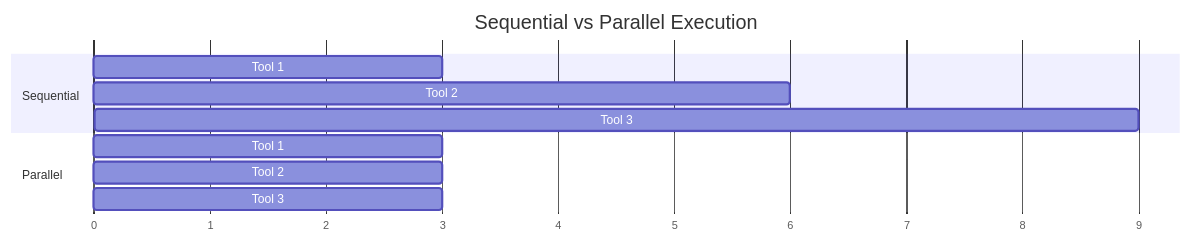
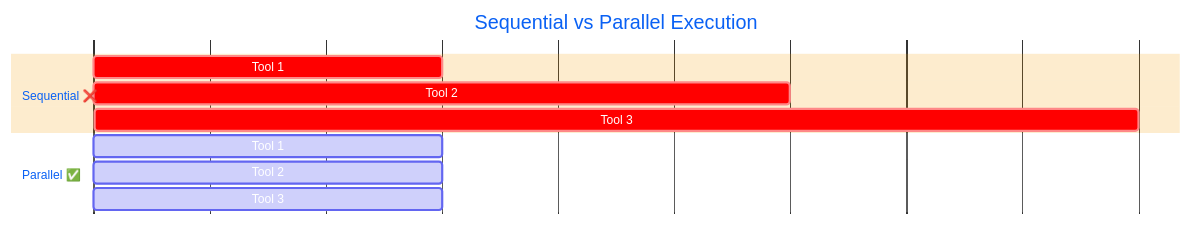
One commit to ThibautMelen/agentic-ai-systems changed the sixth of 6 diagrams in README.md. Above: the diagram before and after it, drawn with Mermaid. The commit also changed other lines of this file and 7 other files, not shown here.

First line of the commit message:
style(diagrams): add vibrant colors to all Mermaid diagrams

````diff
--- a/README.md
+++ b/README.md
@@ -229,16 +268,17 @@
 ```mermaid
+%%{init: {'theme': 'base', 'themeVariables': { 'primaryColor': '#6366f1', 'primaryTextColor': '#ffffff', 'primaryBorderColor': '#4f46e5', 'lineColor': '#a78bfa', 'secondaryColor': '#10b981', 'tertiaryColor': '#f59e0b'}}}%%
 gantt
     title Sequential vs Parallel Execution
     dateFormat X
     axisFormat %s
 
-    section Sequential
-    Tool 1    :0, 3
-    Tool 2    :3, 6
-    Tool 3    :6, 9
+    section Sequential ❌
+    Tool 1    :crit, 0, 3
+    Tool 2    :crit, 3, 6
+    Tool 3    :crit, 6, 9
 
-    section Parallel
-    Tool 1    :0, 3
-    Tool 2    :0, 3
-    Tool 3    :0, 3
+    section Parallel ✅
+    Tool 1    :active, 0, 3
+    Tool 2    :active, 0, 3
+    Tool 3    :active, 0, 3
 ```
````
